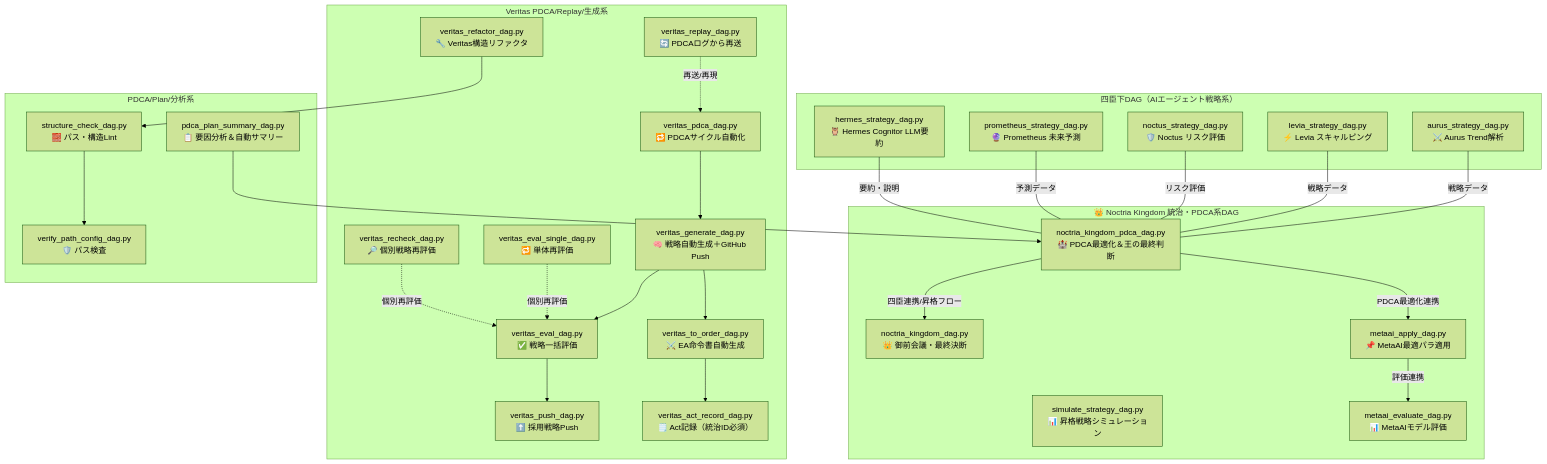
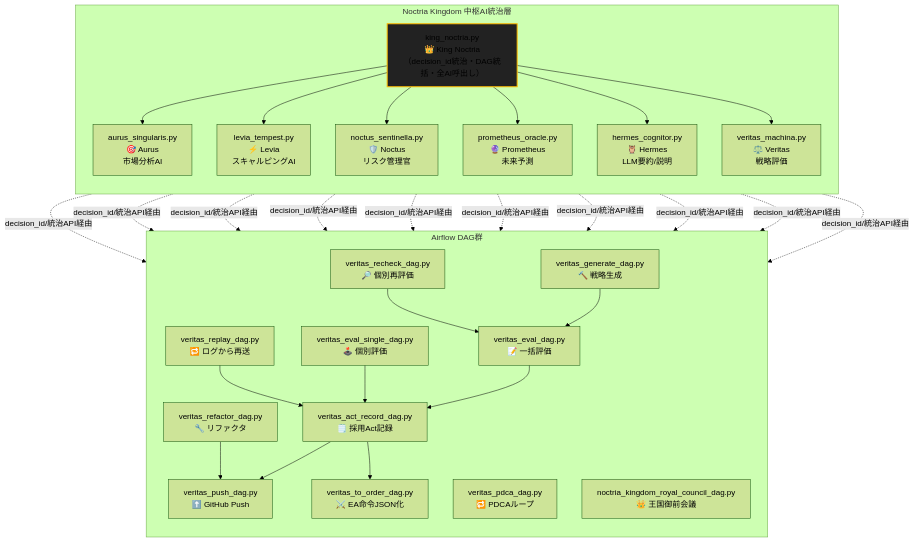
The diagram in docs/最終形態.mmd (Noctria/noctria_kingdom), drawn with Mermaid (forest theme) before and after one commit.

```diff
--- a/docs/最終形態.mmd
+++ b/docs/最終形態.mmd
@@ -1,71 +1,62 @@
 flowchart TD
+  %% === PDCA/戦略/統治DAG群 ===
+  subgraph Airflow_DAGs["Airflow DAG群"]
+    direction TB
+    VGEN["veritas_generate_dag.py<br>🔨 戦略生成"]
+    VEVAL["veritas_eval_dag.py<br>📝 一括評価"]
+    VEVALS["veritas_eval_single_dag.py<br>🕹️ 個別評価"]
+    VACT["veritas_act_record_dag.py<br>🗒️ 採用Act記録"]
+    VPUSH["veritas_push_dag.py<br>⬆️ GitHub Push"]
+    VRECHECK["veritas_recheck_dag.py<br>🔎 個別再評価"]
+    VREFACTOR["veritas_refactor_dag.py<br>🔧 リファクタ"]
+    VREPLAY["veritas_replay_dag.py<br>🔁 ログから再送"]
+    VTO["veritas_to_order_dag.py<br>⚔️ EA命令JSON化"]
+    VPDCA["veritas_pdca_dag.py<br>🔁 PDCAループ"]
+    NROYAL["noctria_kingdom_royal_council_dag.py<br>👑 王国御前会議"]
+  end
 
-%% ======================== Kingdom/AI中枢クラスタ =========================
-subgraph Kingdom_Council["👑 Noctria Kingdom 統治・PDCA系DAG"]
-    K_PDCA["noctria_kingdom_pdca_dag.py<br>🏰 PDCA最適化＆王の最終判断"]
-    K_RC["noctria_kingdom_dag.py<br>👑 御前会議・最終決断"]
-    K_SIM["simulate_strategy_dag.py<br>📊 昇格戦略シミュレーション"]
-    K_META_APPLY["metaai_apply_dag.py<br>📌 MetaAI最適パラ適用"]
-    K_META_EVAL["metaai_evaluate_dag.py<br>📊 MetaAIモデル評価"]
-end
+  %% === 王統治・AI層 ===
+  subgraph Kingdom統治["Noctria Kingdom 中枢AI統治層"]
+    direction TB
+    KING["king_noctria.py<br>👑 King Noctria<br>（decision_id統治・DAG統括・全AI呼出し）"]
+    AURUS["aurus_singularis.py<br>🎯 Aurus<br>市場分析AI"]
+    LEVIA["levia_tempest.py<br>⚡ Levia<br>スキャルピングAI"]
+    NOCTUS["noctus_sentinella.py<br>🛡️ Noctus<br>リスク管理官"]
+    PROM["prometheus_oracle.py<br>🔮 Prometheus<br>未来予測"]
+    HERMES["hermes_cognitor.py<br>🦉 Hermes<br>LLM要約/説明"]
+    VERITAS["veritas_machina.py<br>⚖️ Veritas<br>戦略評価"]
+  end
 
-%% ====================== 四臣下DAGクラスター =========================
-subgraph Ministers["四臣下DAG（AIエージェント戦略系）"]
-    AURUS["aurus_strategy_dag.py<br>⚔️ Aurus Trend解析"]
-    LEVIA["levia_strategy_dag.py<br>⚡ Levia スキャルピング"]
-    NOCTUS["noctus_strategy_dag.py<br>🛡️ Noctus リスク評価"]
-    PROMETHEUS["prometheus_strategy_dag.py<br>🔮 Prometheus 未来予測"]
-    HERMES["hermes_strategy_dag.py<br>🦉 Hermes Cognitor LLM要約"]
-end
+  %% === 呼び出し関係（王→臣下AI/DAG） ===
+  KING --> AURUS
+  KING --> LEVIA
+  KING --> NOCTUS
+  KING --> PROM
+  KING --> HERMES
+  KING --> VERITAS
 
-%% ====================== Veritas PDCA/Replay/生成 =========================
-subgraph Veritas_Master["Veritas PDCA/Replay/生成系"]
-    V_PDCA["veritas_pdca_dag.py<br>🔁 PDCAサイクル自動化"]
-    V_GEN["veritas_generate_dag.py<br>🧠 戦略自動生成＋GitHub Push"]
-    V_EVAL["veritas_eval_dag.py<br>✅ 戦略一括評価"]
-    V_EVAL1["veritas_eval_single_dag.py<br>🔁 単体再評価"]
-    V_PUSH["veritas_push_dag.py<br>⬆️ 採用戦略Push"]
-    V_RECHECK["veritas_recheck_dag.py<br>🔎 個別戦略再評価"]
-    V_REPLAY["veritas_replay_dag.py<br>🔄 PDCAログから再送"]
-    V_ACTREC["veritas_act_record_dag.py<br>🗒️ Act記録（統治ID必須）"]
-    V_TO_ORDER["veritas_to_order_dag.py<br>⚔️ EA命令書自動生成"]
-    V_REFACTOR["veritas_refactor_dag.py<br>🔧 Veritas構造リファクタ"]
-end
+  KING -. decision_id/統治API経由 .-> VGEN
+  KING -. decision_id/統治API経由 .-> VEVAL
+  KING -. decision_id/統治API経由 .-> VACT
+  KING -. decision_id/統治API経由 .-> VPUSH
+  KING -. decision_id/統治API経由 .-> VRECHECK
+  KING -. decision_id/統治API経由 .-> VREFACTOR
+  KING -. decision_id/統治API経由 .-> VREPLAY
+  KING -. decision_id/統治API経由 .-> VTO
+  KING -. decision_id/統治API経由 .-> VPDCA
+  KING -. decision_id/統治API経由 .-> NROYAL
 
-%% ====================== PDCA/分析・自動要因サマリー系 ======================
-subgraph PDCA_Analysis["PDCA/Plan/分析系"]
-    PDCA_SUMMARY["pdca_plan_summary_dag.py<br>📋 要因分析＆自動サマリー"]
-    STRUCT_CHECK["structure_check_dag.py<br>🧱 パス・構造Lint"]
-    VERIFY_PATH["verify_path_config_dag.py<br>🛡️ パス検査"]
-end
+  %% === DAG間の代表的な流れ ===
+  VGEN --> VEVAL --> VACT --> VPUSH
+  VEVALS --> VACT
+  VACT --> VTO
+  VRECHECK --> VEVAL
+  VREFACTOR --> VPUSH
+  VREPLAY --> VACT
 
-%% ========= メイン依存・連携矢印（PDCA連携・自動化フロー） =========
+  %% === 補足: 主要パス・ログ保存層（省略可） ===
+  %% データ/ログ/AIモデル層は省略
 
-%% PDCA中枢
-K_PDCA --四臣連携/昇格フロー--> K_RC
-K_PDCA --PDCA最適化連携--> K_META_APPLY
-K_META_APPLY --評価連携--> K_META_EVAL
-
-%% Aurus/Levia/Noctus/Prometheus/Hermesは独立DAG
-AURUS ---|戦略データ| K_PDCA
-LEVIA ---|戦略データ| K_PDCA
-NOCTUS ---|リスク評価| K_PDCA
-PROMETHEUS ---|予測データ| K_PDCA
-HERMES ---|要約・説明| K_PDCA
-
-%% Veritas PDCA統合
-V_PDCA --> V_GEN --> V_EVAL --> V_PUSH
-V_EVAL1 -. 個別再評価 .-> V_EVAL
-V_RECHECK -. 個別再評価 .-> V_EVAL
-V_GEN --> V_TO_ORDER
-V_TO_ORDER --> V_ACTREC
-
-%% リファクタ・検証
-V_REFACTOR --> STRUCT_CHECK
-STRUCT_CHECK --> VERIFY_PATH
-
-%% 分析・サマリー
-PDCA_SUMMARY --> K_PDCA
-
-%% その他：Replay・再送
-V_REPLAY -. 再送/再現 .-> V_PDCA
+  %% === 説明 ===
+  classDef king fill:#222,stroke:#fb0,stroke-width:2px;
+  class KING king;
```
